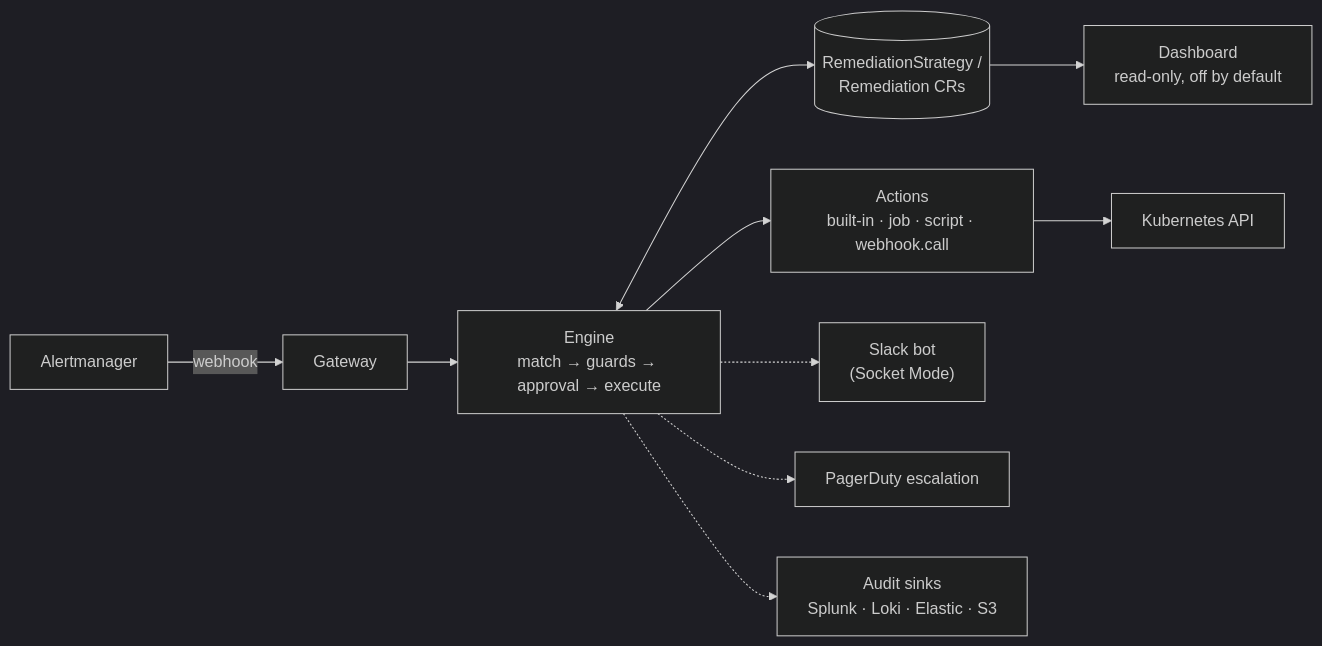
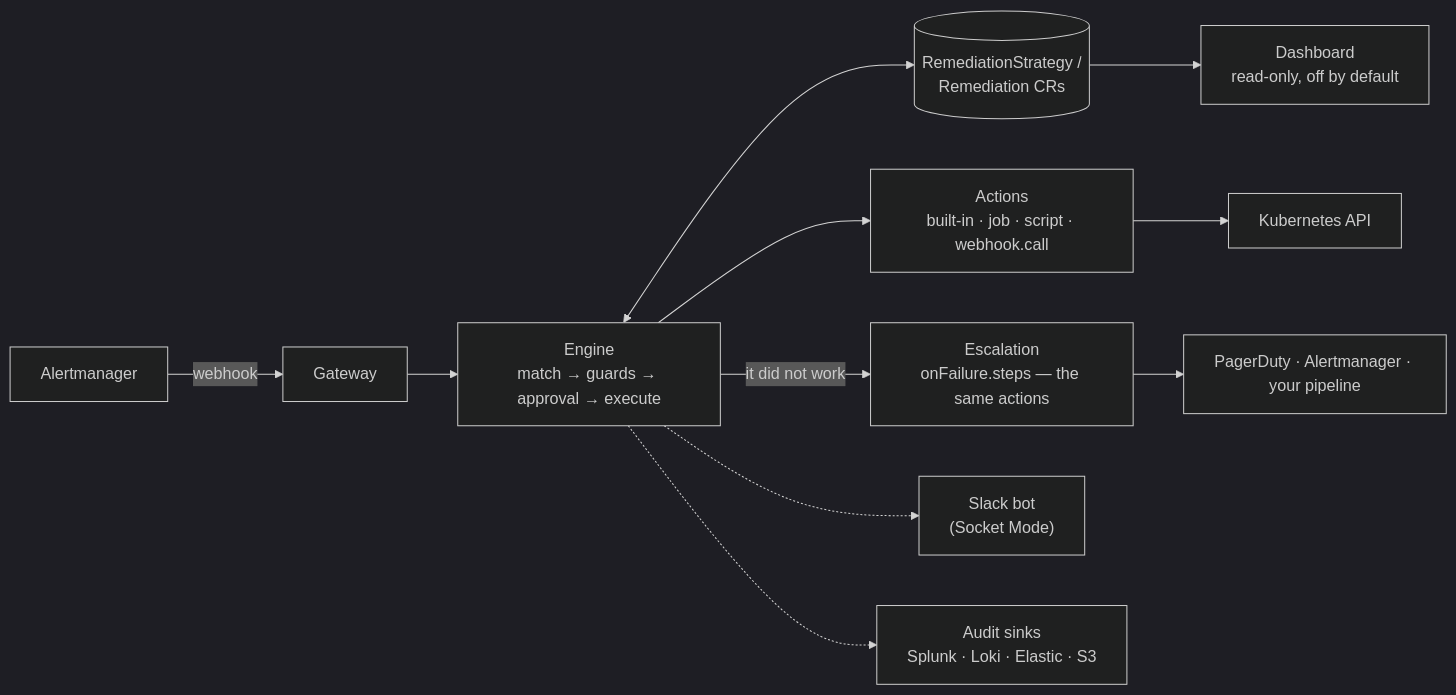
Before and after one commit to remedik/remedik: the diagram in docs/architecture.md, drawn with Mermaid (dark theme). The commit also changed other lines of this file and 8 other files, not shown here.

````diff
--- a/docs/architecture.md
+++ b/docs/architecture.md
@@ -10,12 +10,13 @@
 ```mermaid
 flowchart LR
   AM[Alertmanager] -->|webhook| GW[Gateway]
   GW --> ENG["Engine<br/>match → guards → approval → execute"]
   ENG <--> CRD[("RemediationStrategy /<br/>Remediation CRs")]
   ENG --> ACT["Actions<br/>built-in · job · script · webhook.call"]
   ACT --> K8S[Kubernetes API]
   CRD --> UI["Dashboard<br/>read-only, off by default"]
+  ENG -->|it did not work| ESC["Escalation<br/>onFailure.steps — the same actions"]
+  ESC --> OUT[PagerDuty · Alertmanager · your pipeline]
   ENG -.-> SLACK["Slack bot<br/>(Socket Mode)"]
-  ENG -.-> PD[PagerDuty escalation]
   ENG -.-> SINKS["Audit sinks<br/>Splunk · Loki · Elastic · S3"]
 ```
````
